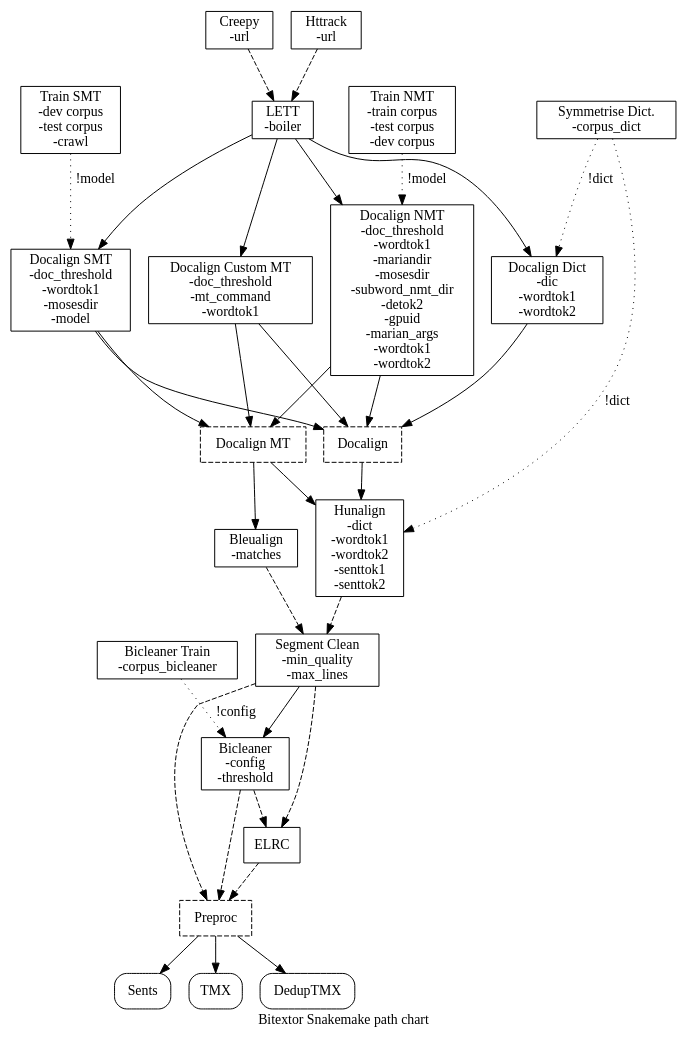
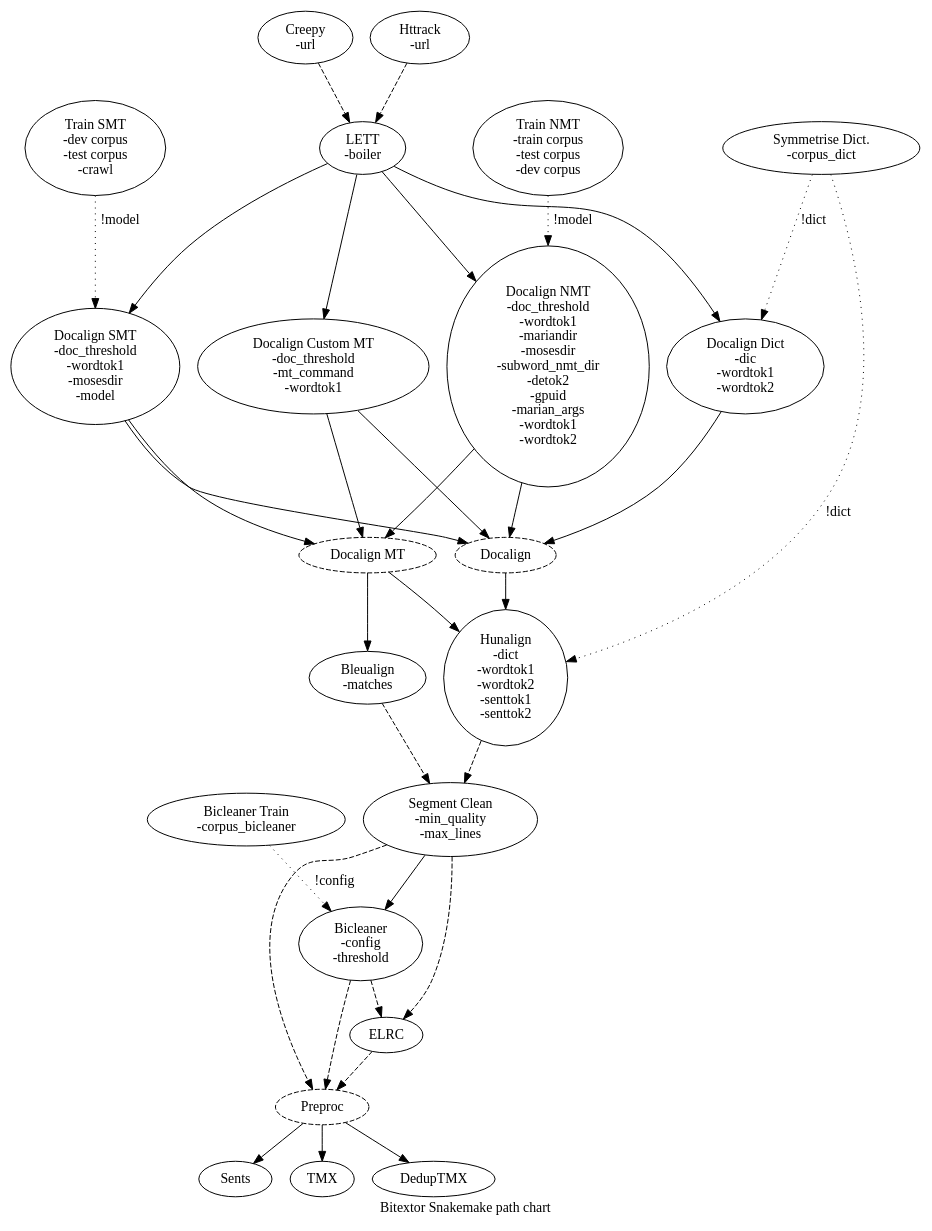
One commit to bitextor/bitextor changed the diagram in img/bitextor-graph.dot. Above: the diagram before and after it, drawn with Graphviz.

```diff
--- a/img/bitextor-graph.dot
+++ b/img/bitextor-graph.dot
@@ -1,46 +1,45 @@
 digraph Snakemake {
   label="Bitextor Snakemake path chart"
-  node [shape=record];
 
   #Nodes
   Creepy [label="Creepy\n-url"]
   Httrack [label="Httrack\n-url"]
   LETT [label="LETT\n-boiler"]
   DocalignDict [label="Docalign Dict\n-dic\n-wordtok1\n-wordtok2"]
   DocalignSMT [label="Docalign SMT\n-doc_threshold\n-wordtok1\n-mosesdir\n-model"]
   DocalignNMT [label="Docalign NMT\n-doc_threshold\n-wordtok1\n-mariandir\n-mosesdir\n-subword_nmt_dir\n-detok2\n-gpuid\n-marian_args\n-wordtok1\n-wordtok2"]
   DocalignCustomMT [label="Docalign Custom MT\n-doc_threshold\n-mt_command\n-wordtok1"]
   TrainSMT [label="Train SMT\n-dev corpus\n-test corpus\n-crawl"]
   TrainNMT [label="Train NMT\n-train corpus\n-test corpus\n-dev corpus"]
   SymmetriseDic [label="Symmetrise Dict.\n-corpus_dict"]
   Docalign [style=dashed]
   DocalignMT [label="Docalign MT", style=dashed]
   Hunalign [label="Hunalign\n-dict\n-wordtok1\n-wordtok2\n-senttok1\n-senttok2"]
   Bleualign [label="Bleualign\n-matches"]
   Segclean [label="Segment Clean\n-min_quality\n-max_lines"]
   Bicleaner [label="Bicleaner\n-config\n-threshold"]
   BicleanerTrain [label="Bicleaner Train\n-corpus_bicleaner"]
   ELRC
   Preproc [style=dashed]
   Sents [style=rounded]
   TMX [style=rounded]
   DedupTMX [style=rounded]
 
   #Relations
   {Creepy,Httrack} -> LETT [style=dashed]
   LETT -> {DocalignDict,DocalignSMT,DocalignNMT,DocalignCustomMT}
   SymmetriseDic -> {DocalignDict,Hunalign} [label="!dict", style=dotted]
   TrainSMT -> DocalignSMT [label="!model", style=dotted]
   TrainNMT -> DocalignNMT [label="!model", style=dotted]
   {DocalignDict,DocalignSMT,DocalignNMT,DocalignCustomMT} -> Docalign
   {DocalignSMT,DocalignNMT,DocalignCustomMT} -> DocalignMT
   {Docalign,DocalignMT} -> Hunalign
   DocalignMT -> Bleualign
   BicleanerTrain -> Bicleaner [label="!config", style=dotted]
   {Hunalign,Bleualign} -> Segclean [style=dashed]
   {Segclean,Bicleaner,ELRC} -> Preproc [style=dashed]
   {Segclean,Bicleaner} -> ELRC [style=dashed]
   Segclean -> Bicleaner
   Preproc -> {Sents,TMX,DedupTMX}
 
 }
```
